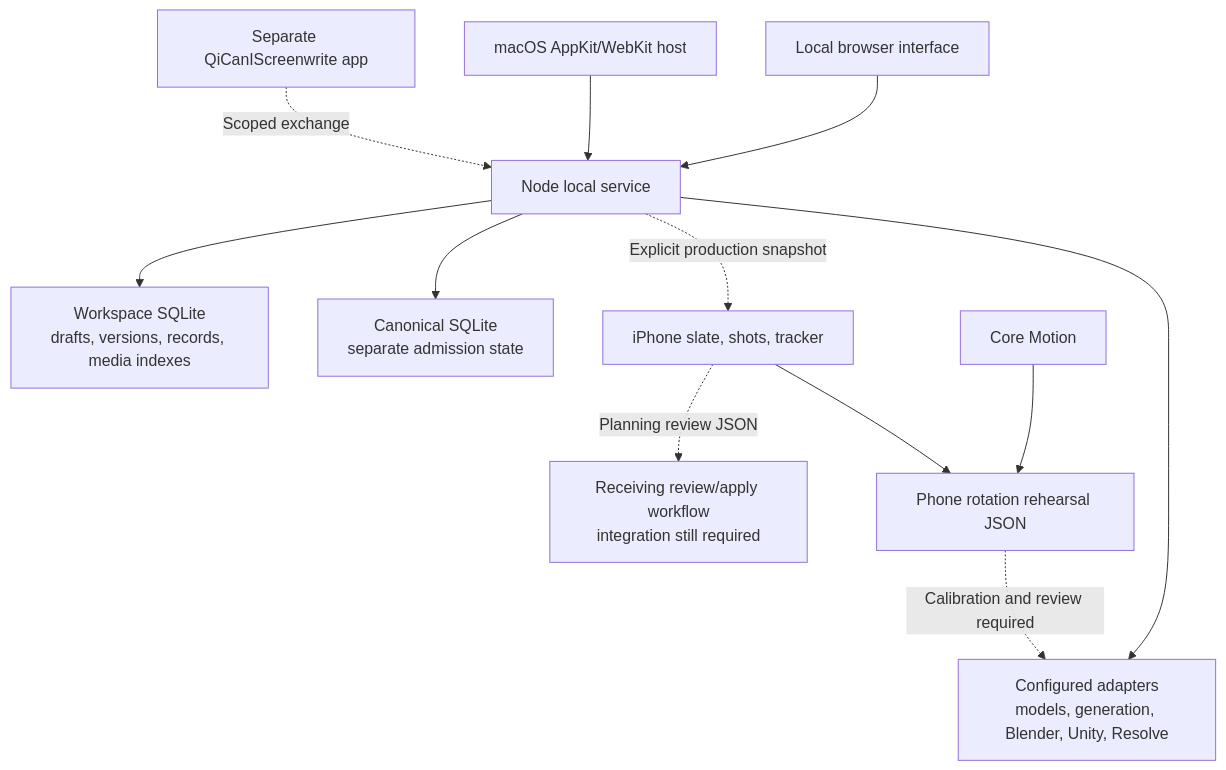
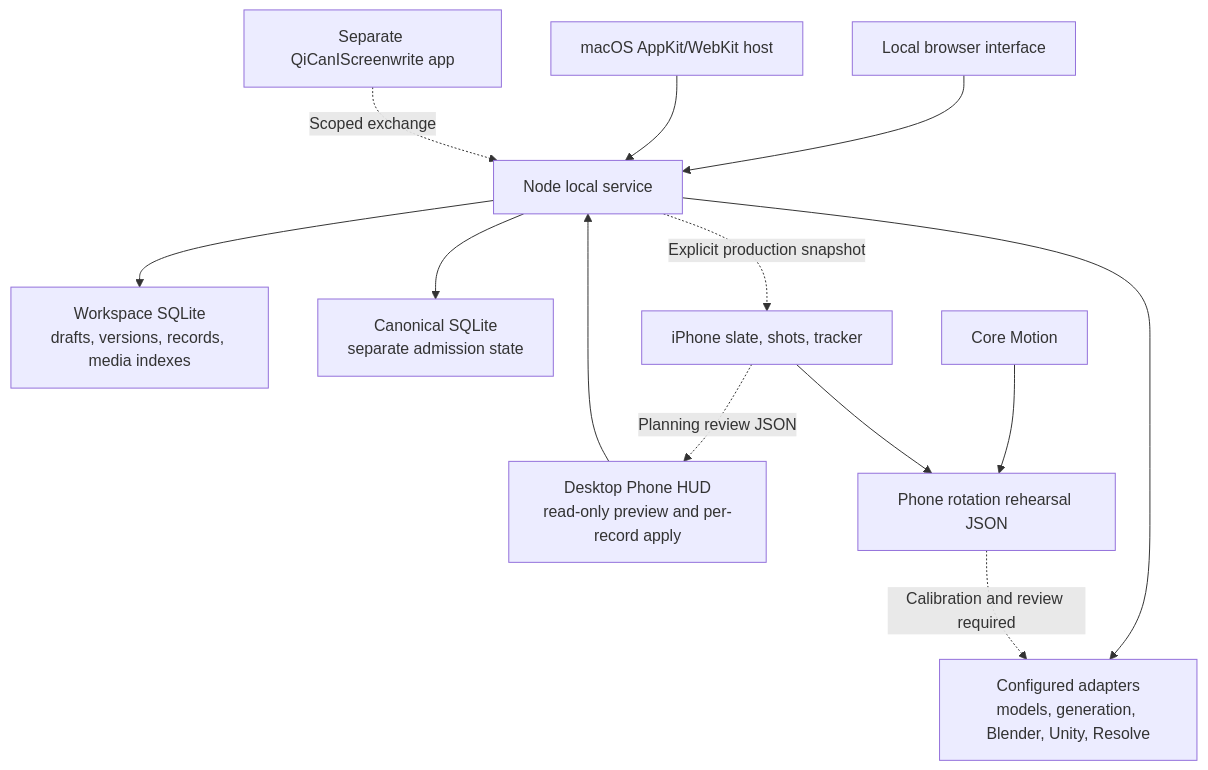
The diagram in ARCHITECTURE.md (cr8ph8/QiMovi), drawn with Mermaid before and after one commit. The commit also changed other lines of this file and 30 other files, not shown here.

Commit message:
Add reviewed phone and desktop planning handoff

````diff
--- a/ARCHITECTURE.md
+++ b/ARCHITECTURE.md
@@ -5,14 +5,15 @@
 ```mermaid
 flowchart TB
   B[Local browser interface] --> S[Node local service]
   M[macOS AppKit/WebKit host] --> S
   S --> W[Workspace SQLite<br/>drafts, versions, records, media indexes]
   S --> K[Canonical SQLite<br/>separate admission state]
   S --> A[Configured adapters<br/>models, generation, Blender, Unity, Resolve]
   C[Separate QiCanIScreenwrite app] -. Scoped exchange .-> S
   S -. Explicit production snapshot .-> P[iPhone slate, shots, tracker]
-  P -. Planning review JSON .-> R[Receiving review/apply workflow<br/>integration still required]
+  P -. Planning review JSON .-> R[Desktop Phone HUD<br/>read-only preview and per-record apply]
+  R --> S
   CM[Core Motion] --> T[Phone rotation rehearsal JSON]
   P --> T
   T -. Calibration and review required .-> A
 ```
````
